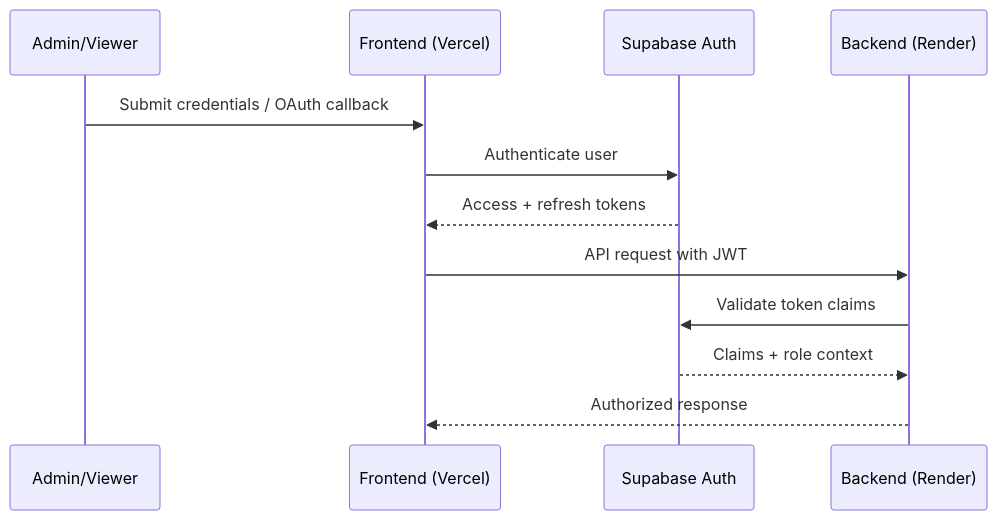
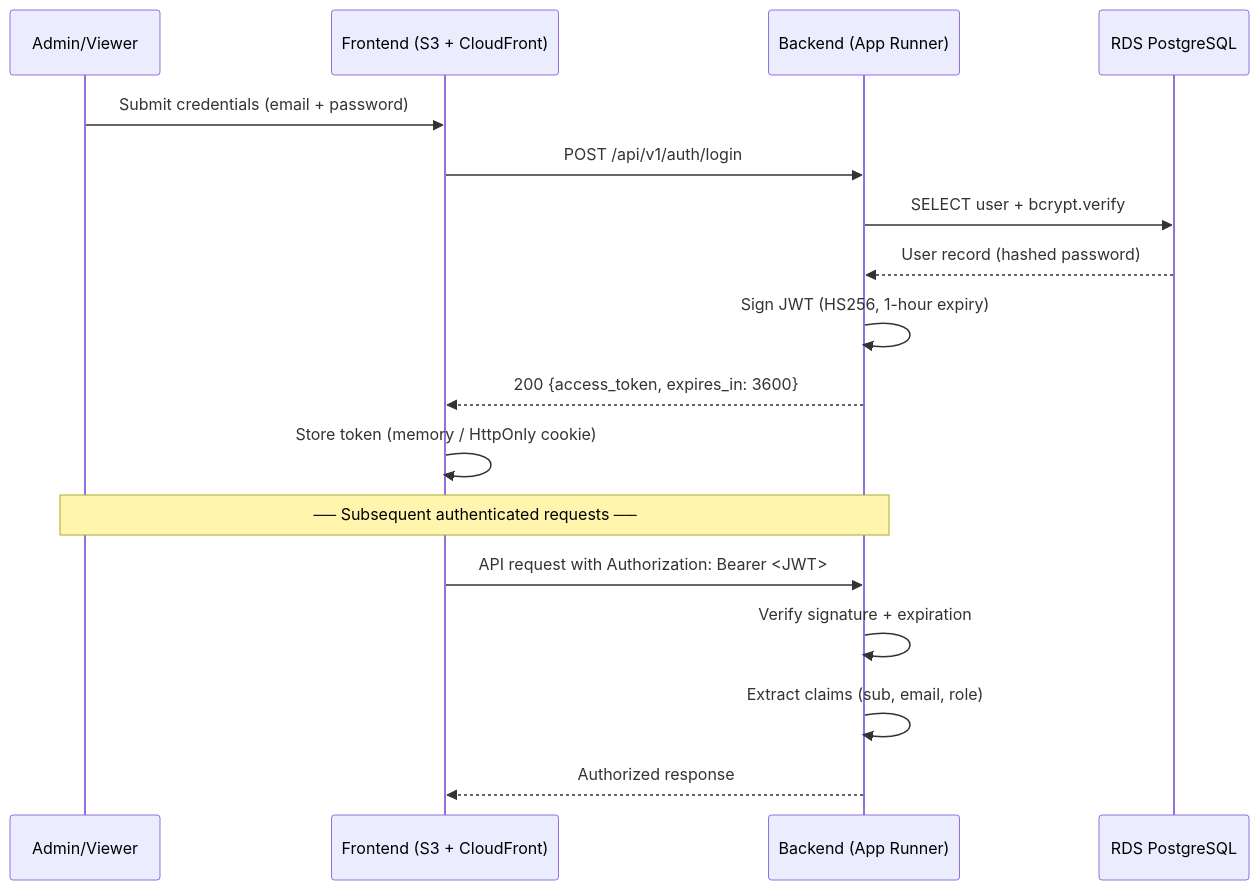
Before and after one commit to alonsovndev/open-projects-hub-docs: the first of 13 diagrams in docs/03-architecture/diagrams/sequence-diagrams.md, drawn with Mermaid. The commit also changed other lines of this file and 1 other file, not shown here.

Commit message:
docs: add mermaid sequence diagrams

````diff
--- a/docs/03-architecture/diagrams/sequence-diagrams.md
+++ b/docs/03-architecture/diagrams/sequence-diagrams.md
@@ -21,15 +29,20 @@
 ```mermaid
 sequenceDiagram
     participant User as Admin/Viewer
-    participant FE as Frontend (Vercel)
-    participant SA as Supabase Auth
-    participant BE as Backend (Render)
+    participant FE as Frontend (S3 + CloudFront)
+    participant BE as Backend (App Runner)
+    participant DB as RDS PostgreSQL
 
-    User->>FE: Submit credentials / OAuth callback
-    FE->>SA: Authenticate user
-    SA-->>FE: Access + refresh tokens
-    FE->>BE: API request with JWT
-    BE->>SA: Validate token claims
-    SA-->>BE: Claims + role context
+    User->>FE: Submit credentials (email + password)
+    FE->>BE: POST /api/v1/auth/login
+    BE->>DB: SELECT user + bcrypt.verify
+    DB-->>BE: User record (hashed password)
+    BE->>BE: Sign JWT (HS256, 1-hour expiry)
+    BE-->>FE: 200 {access_token, expires_in: 3600}
+    FE->>FE: Store token (memory / HttpOnly cookie)
+    Note over User,BE: ── Subsequent authenticated requests ──
+    FE->>BE: API request with Authorization: Bearer <JWT>
+    BE->>BE: Verify signature + expiration
+    BE->>BE: Extract claims (sub, email, role)
     BE-->>FE: Authorized response
 ```
````
